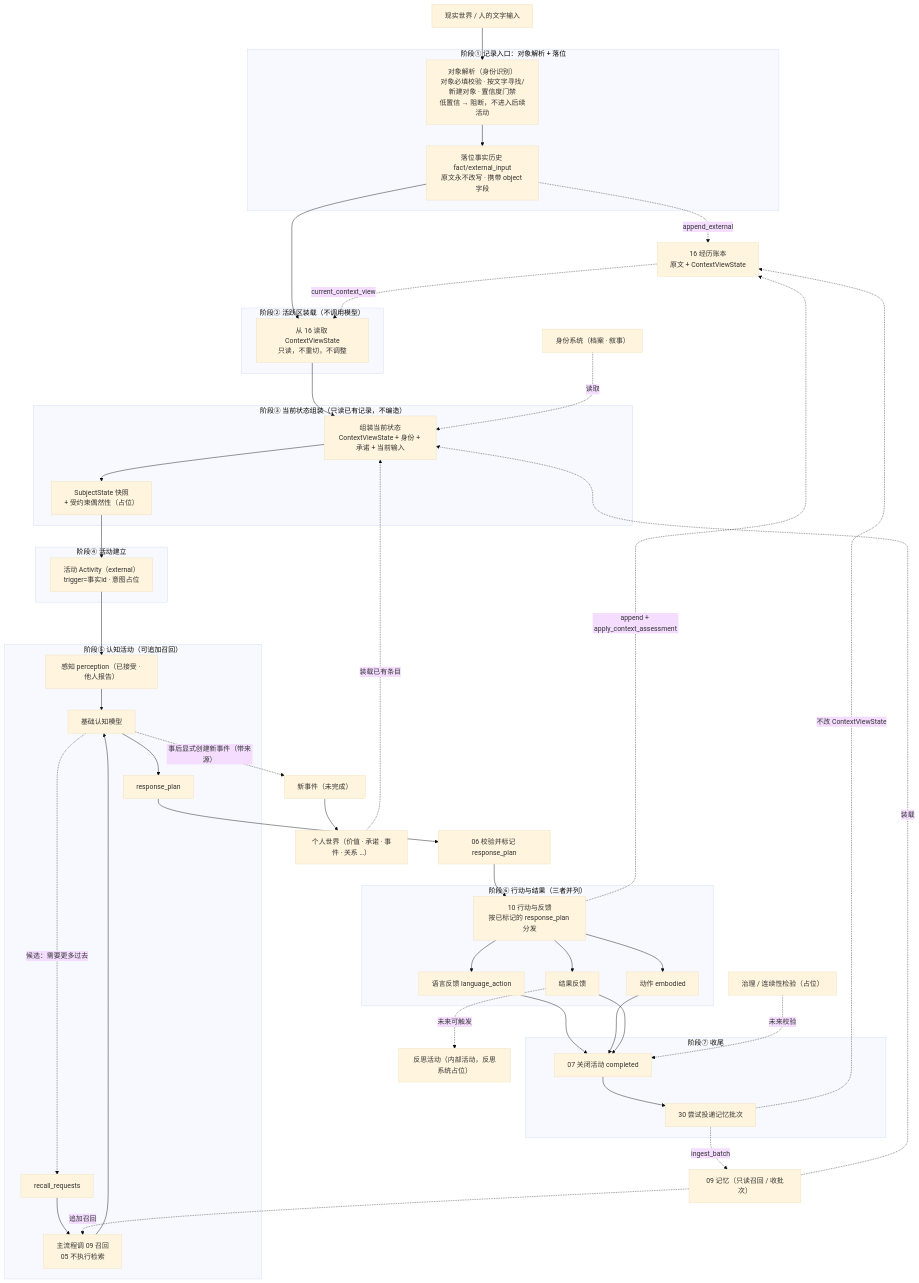
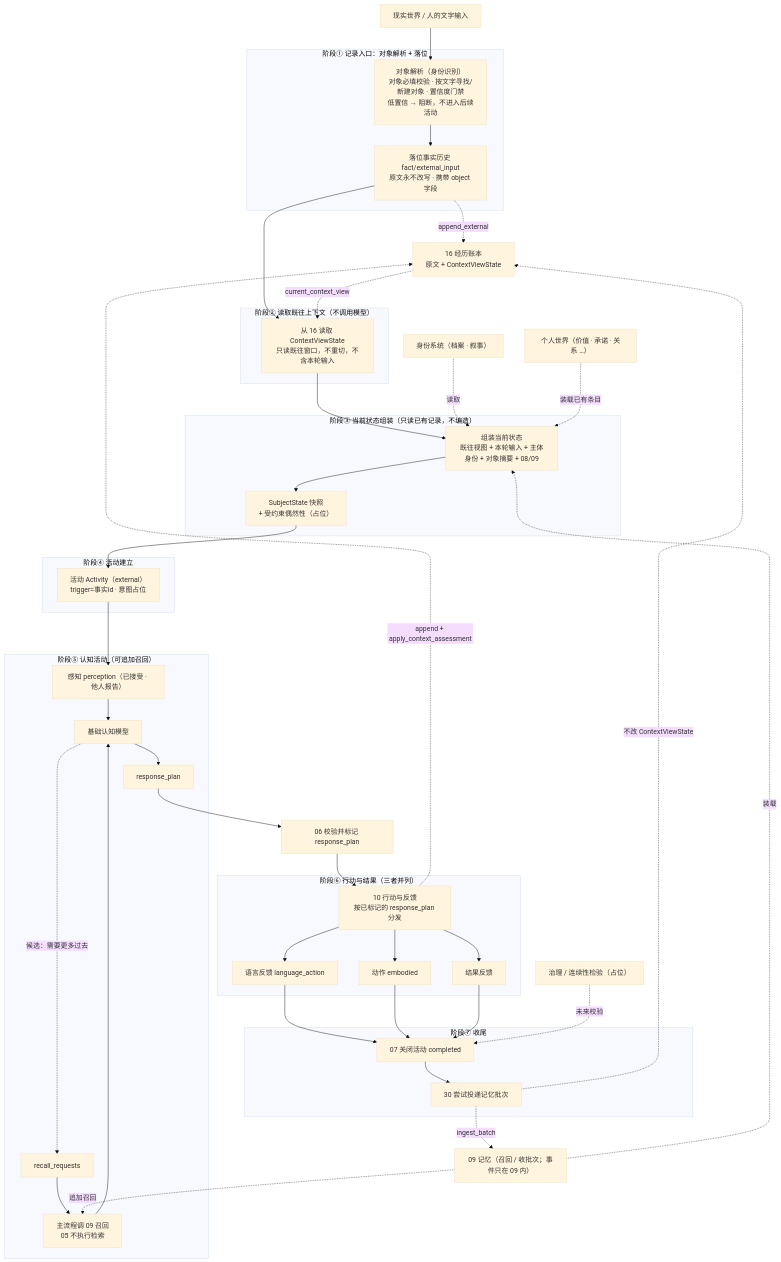
Before and after one commit to Llllsuhdjhhd/JShi: the diagram in doc/design/00-流程总览与输入边界.md, drawn with Mermaid (base theme). The commit also changed other lines of this file and 27 other files, not shown here.

````diff
--- a/doc/design/00-流程总览与输入边界.md
+++ b/doc/design/00-流程总览与输入边界.md
@@ -27,14 +27,14 @@
     P2 -. "append_external" .-> LED
     P2 --> P3
 
-    subgraph S2["阶段② 活跃区装载（不调用模型）"]
-        P3["从 16 读取 ContextViewState<br/>只读，不重切，不调整"]
+    subgraph S2["阶段② 读取既往上下文（不调用模型）"]
+        P3["从 16 读取 ContextViewState<br/>只读既往窗口，不重切，不含本轮输入"]
     end
 
     P3 --> P5
 
     subgraph S3["阶段③ 当前状态组装（只读已有记录，不编造）"]
-        P5["组装当前状态<br/>ContextViewState + 身份 + 承诺 + 当前输入"]
+        P5["组装当前状态<br/>既往视图 + 本轮输入 + 主体身份 + 对象摘要 + 08/09"]
         P5 --> P5C["SubjectState 快照<br/>+ 受约束偶然性（占位）"]
     end
 
@@ -81,9 +81,9 @@
     end
 
     ID["身份系统（档案 · 叙事）"]
-    PW["个人世界（价值 · 承诺 · 事件 · 关系 …）"]
+    PW["个人世界（价值 · 承诺 · 关系 …）"]
     LED["16 经历账本<br/>原文 + ContextViewState"]
-    MEM["09 记忆（只读召回 / 收批次）"]
+    MEM["09 记忆（召回 / 收批次；事件只在 09 内）"]
     ID -. "读取" .-> P5
     PW -. "装载已有条目" .-> P5
     LED -. "current_context_view" .-> P3
@@ -94,7 +94,4 @@
     P10 -. "append + apply_context_assessment" .-> LED
 
     G1["治理 / 连续性检验（占位）"] -. "未来校验" .-> P11
-    P8 -. "事后显式创建新事件（带来源）" .-> N1["新事件（未完成）"]
-    N1 --> PW
-    R -. "未来可触发" .-> RF["反思活动（内部活动，反思系统占位）"]
 ```
````
